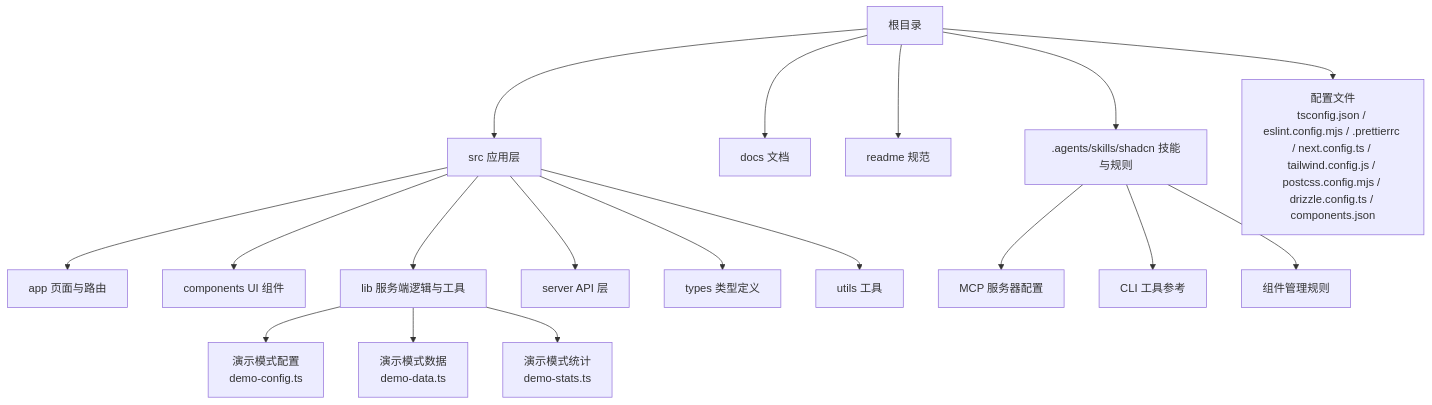
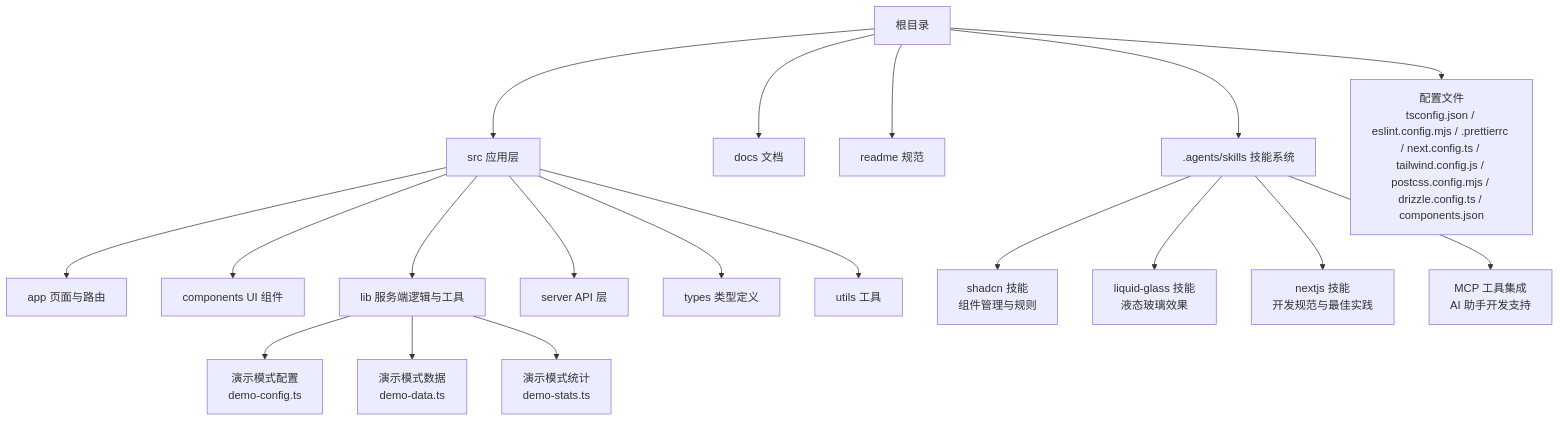
The first of 3 diagrams in .qoder/repowiki/zh/content/开发指南/开发指南.md (RadiumAg/AIGate), drawn with Mermaid before and after one commit. The commit also changed other lines of this file and 5 other files, not shown here.

````diff
--- a/.qoder/repowiki/zh/content/开发指南/开发指南.md
+++ b/.qoder/repowiki/zh/content/开发指南/开发指南.md
@@ -62,20 +73,21 @@
 ```mermaid
 graph TB
 A["根目录"] --> B["src 应用层"]
 A --> C["docs 文档"]
 A --> D["readme 规范"]
-A --> E[".agents/skills/shadcn 技能与规则"]
+A --> E[".agents/skills 技能系统"]
 A --> F["配置文件<br/>tsconfig.json / eslint.config.mjs / .prettierrc / next.config.ts / tailwind.config.js / postcss.config.mjs / drizzle.config.ts / components.json"]
 B --> B1["app 页面与路由"]
 B --> B2["components UI 组件"]
 B --> B3["lib 服务端逻辑与工具"]
 B --> B4["server API 层"]
 B --> B5["types 类型定义"]
 B --> B6["utils 工具"]
 B3 --> B31["演示模式配置<br/>demo-config.ts"]
 B3 --> B32["演示模式数据<br/>demo-data.ts"]
 B3 --> B33["演示模式统计<br/>demo-stats.ts"]
-E --> E1["MCP 服务器配置"]
-E --> E2["CLI 工具参考"]
-E --> E3["组件管理规则"]
+E --> E1["shadcn 技能<br/>组件管理与规则"]
+E --> E2["liquid-glass 技能<br/>液态玻璃效果"]
+E --> E3["nextjs 技能<br/>开发规范与最佳实践"]
+E --> E4["MCP 工具集成<br/>AI 助手开发支持"]
 ```
````
